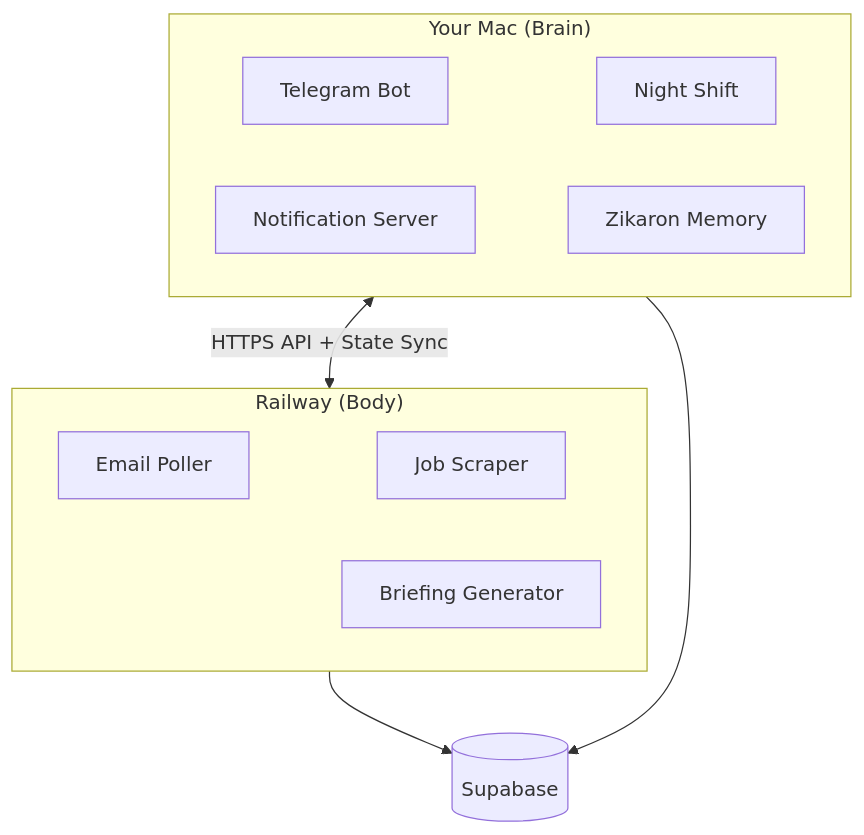
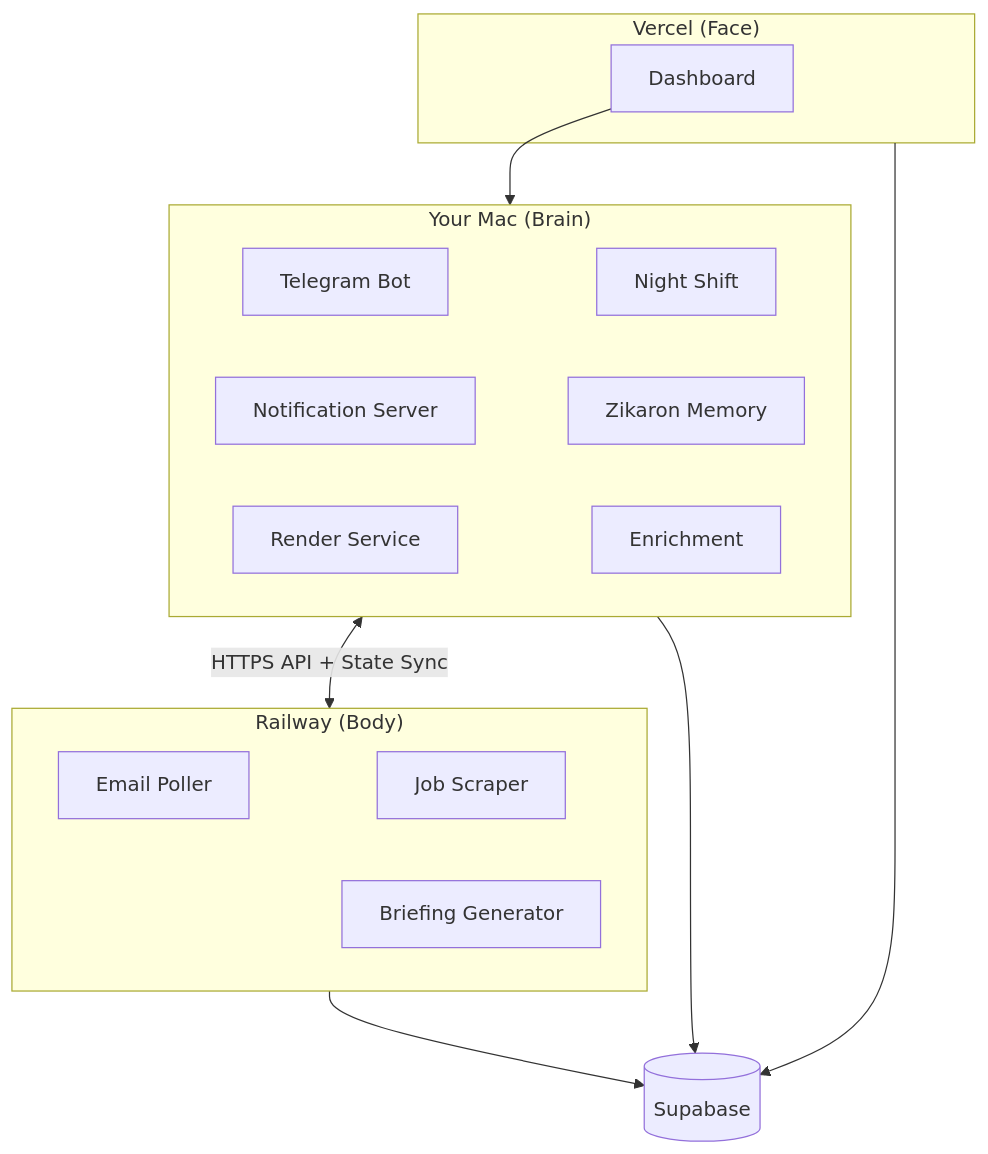
The first of 3 diagrams in content/golems/architecture.md (EtanHey/etanheyman.com), drawn with Mermaid before and after one commit. The commit also changed other lines of this file and 28 other files, not shown here.

````diff
--- a/content/golems/architecture.md
+++ b/content/golems/architecture.md
@@ -26,16 +32,22 @@
 ```mermaid
 flowchart TB
     subgraph mac["Your Mac (Brain)"]
         direction LR
         T[Telegram Bot] ~~~ N[Night Shift]
         NS[Notification Server] ~~~ Z[Zikaron Memory]
+        RS[Render Service] ~~~ EN[Enrichment]
     end
     subgraph rail["Railway (Body)"]
         direction LR
         EP[Email Poller] ~~~ JS[Job Scraper]
         BG[Briefing Generator]
     end
+    subgraph vercel["Vercel (Face)"]
+        DASH[Dashboard]
+    end
     mac <-->|"HTTPS API + State Sync"| rail
     rail --> DB[(Supabase)]
     mac --> DB
+    vercel --> DB
+    DASH --> mac
 ```
````
